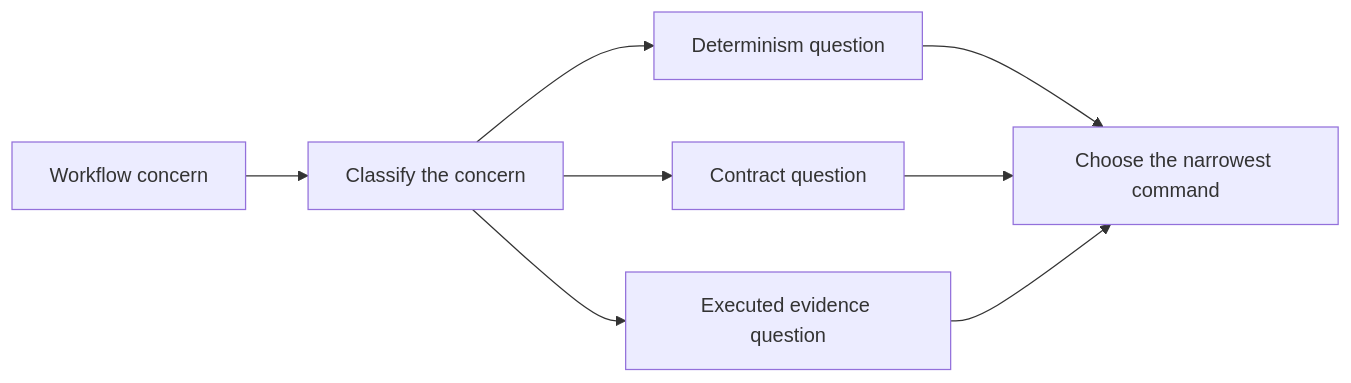
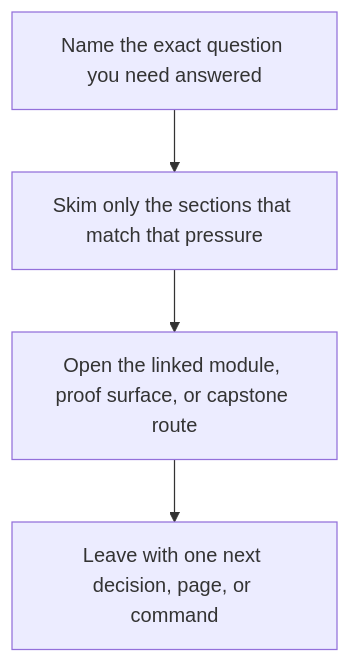
The second of 2 diagrams in programs/reproducible-research/deep-dive-snakemake/course-book/guides/incident-review-guide.md (bijux/bijux-masterclass), drawn with Mermaid before and after one commit. The commit also changed other lines of this file and 29 other files, not shown here.

Commit message:
docs(deep-dive-snakemake): sharpen guide and reference diagrams

````diff
--- a/programs/reproducible-research/deep-dive-snakemake/course-book/guides/incident-review-guide.md
+++ b/programs/reproducible-research/deep-dive-snakemake/course-book/guides/incident-review-guide.md
@@ -16,10 +17,6 @@
 ```mermaid
-flowchart LR
-  symptom["Workflow concern"] --> classify["Classify the concern"]
-  classify --> determinism["Determinism question"]
-  classify --> contract["Contract question"]
-  classify --> evidence["Executed evidence question"]
-  determinism --> route["Choose the narrowest command"]
-  contract --> route
-  evidence --> route
+flowchart TD
+  question["Name the exact question you need answered"] --> skim["Skim only the sections that match that pressure"]
+  skim --> crosscheck["Open the linked module, proof surface, or capstone route"]
+  crosscheck --> next_move["Leave with one next decision, page, or command"]
 ```
````
